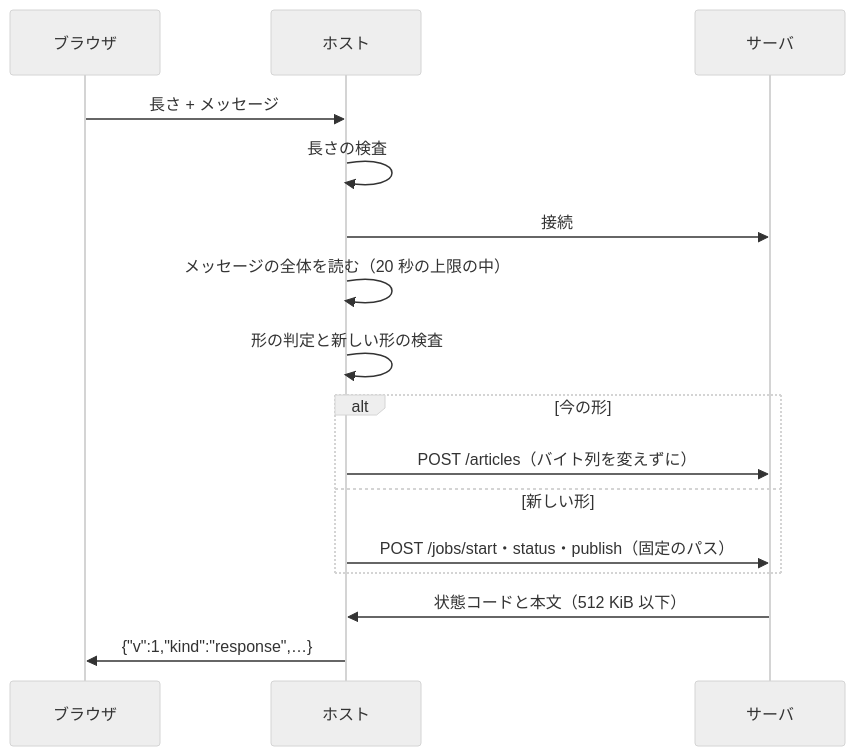
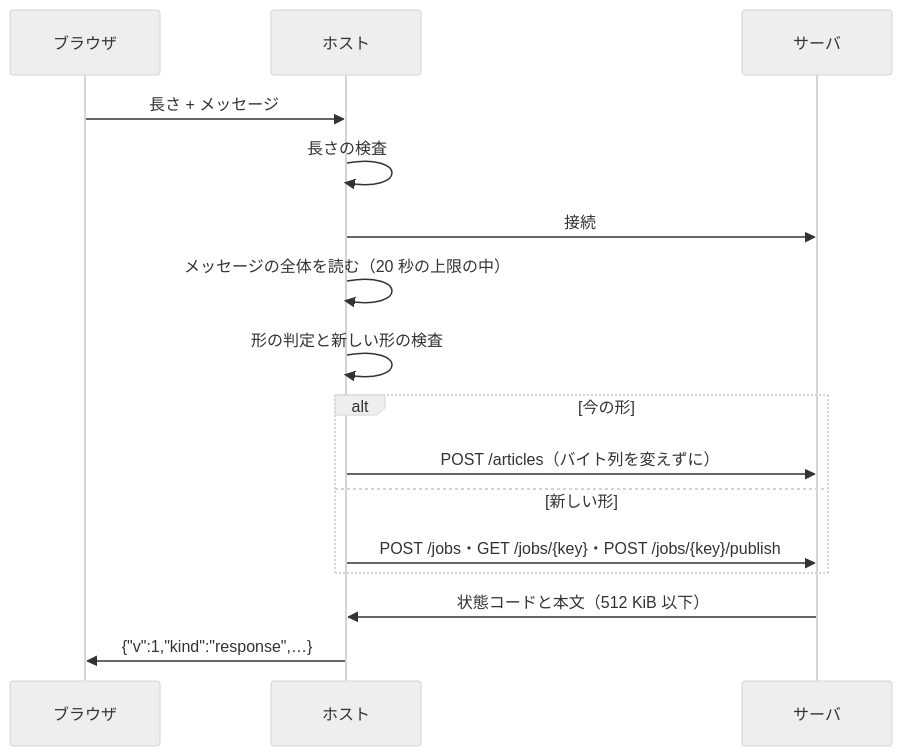
Diagram 15 of 15 in docs/tasks/0044_article_job_api/02_architecture.md (isseis/yt2column), drawn with Mermaid (neutral theme) before and after one commit. The commit also changed other lines of this file, not shown here.

First line of the commit message:
docs(0044): use GET /jobs/{key} and a key in the path for the new API

````diff
--- a/docs/tasks/0044_article_job_api/02_architecture.md
+++ b/docs/tasks/0044_article_job_api/02_architecture.md
@@ -1454,19 +1464,19 @@
 ```mermaid
 sequenceDiagram
     participant B as ブラウザ
     participant H as ホスト
     participant S as サーバ
 
     B->>H: 長さ + メッセージ
     H->>H: 長さの検査
     H->>S: 接続
     H->>H: メッセージの全体を読む（20 秒の上限の中）
     H->>H: 形の判定と新しい形の検査
     alt 今の形
         H->>S: POST /articles（バイト列を変えずに）
     else 新しい形
-        H->>S: POST /jobs/start・status・publish（固定のパス）
+        H->>S: POST /jobs・GET /jobs/{key}・POST /jobs/{key}/publish
     end
     S->>H: 状態コードと本文（512 KiB 以下）
     H->>B: {"v":1,"kind":"response",…}
 ```
````
